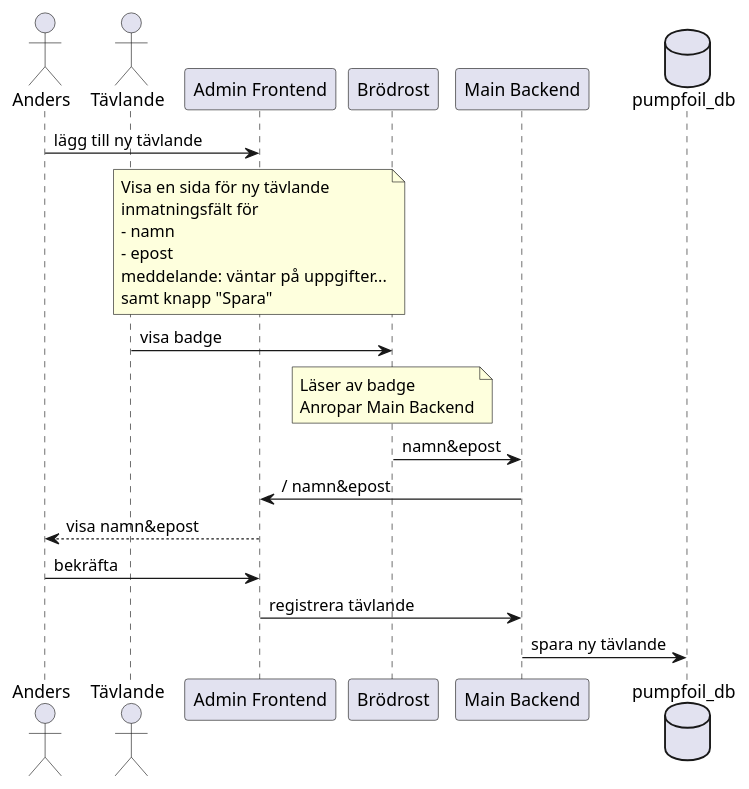
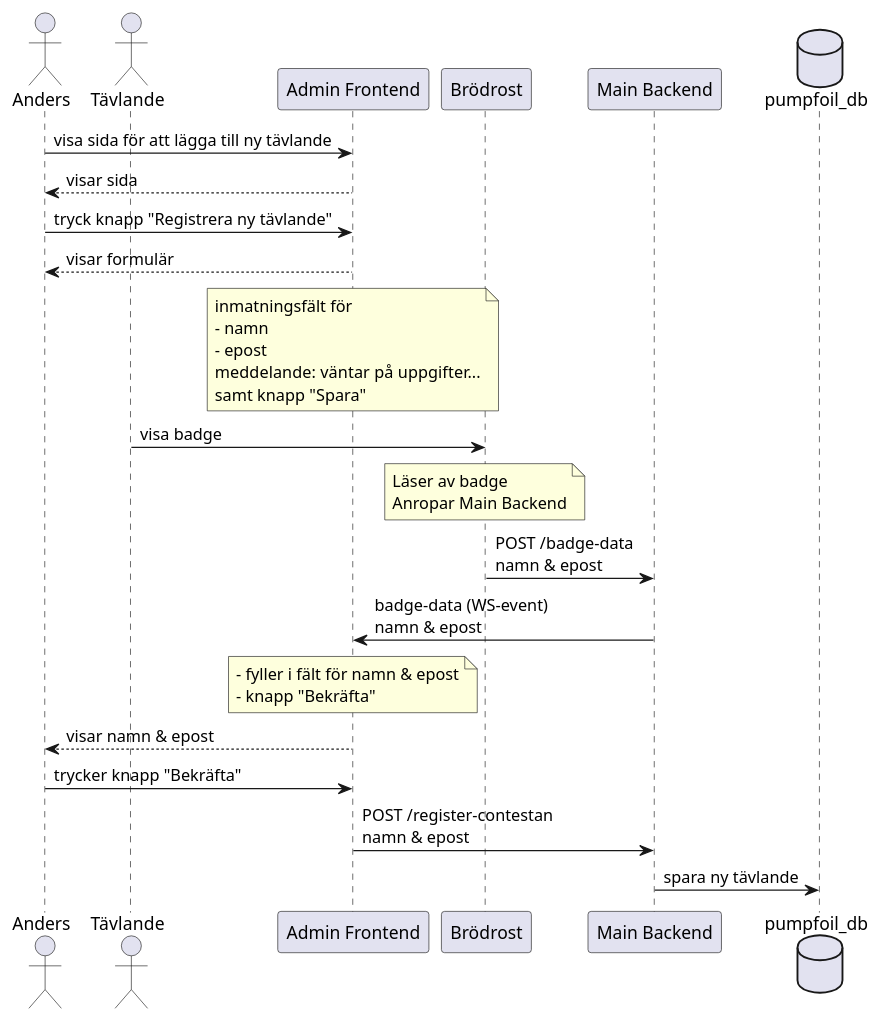
Before and after one commit to CAG-Contactor/pump-foil-game: the second of 4 diagrams in doc/SPEC.md, drawn with PlantUML.

Commit message:
lite spec

````diff
--- a/doc/SPEC.md
+++ b/doc/SPEC.md
@@ -69,30 +69,36 @@
 ```plantuml
 actor Anders
 actor Tävlande
 participant "Admin Frontend" as adminfe
 participant Brödrost
 participant "Main Backend" as mainbe
 database pumpfoil_db
 
-Anders -> adminfe: lägg till ny tävlande
+Anders -> adminfe: visa sida för att lägga till ny tävlande
+Anders <-- adminfe: visar sida
+Anders -> adminfe: tryck knapp "Registrera ny tävlande"
+Anders <-- adminfe: visar formulär
 note over adminfe
-  Visa en sida för ny tävlande
   inmatningsfält för
   - namn
   - epost
   meddelande: väntar på uppgifter...
   samt knapp "Spara"
 endnote
 Tävlande -> Brödrost: visa badge
 note over Brödrost
   Läser av badge
   Anropar Main Backend
 endnote
-Brödrost -> mainbe: namn&epost
-mainbe -> adminfe: / namn&epost
-adminfe --> Anders: visa namn&epost
-Anders -> adminfe: bekräfta
-adminfe -> mainbe: registrera tävlande  
+Brödrost -> mainbe: POST /badge-data\nnamn & epost
+mainbe -> adminfe: badge-data (WS-event)\nnamn & epost
+note over adminfe
+  - fyller i fält för namn & epost
+  - knapp "Bekräfta"
+endnote  
+adminfe --> Anders: visar namn & epost
+Anders -> adminfe: trycker knapp "Bekräfta"
+adminfe -> mainbe: POST /register-contestan\nnamn & epost  
 mainbe -> pumpfoil_db: spara ny tävlande
 
 ```
````
